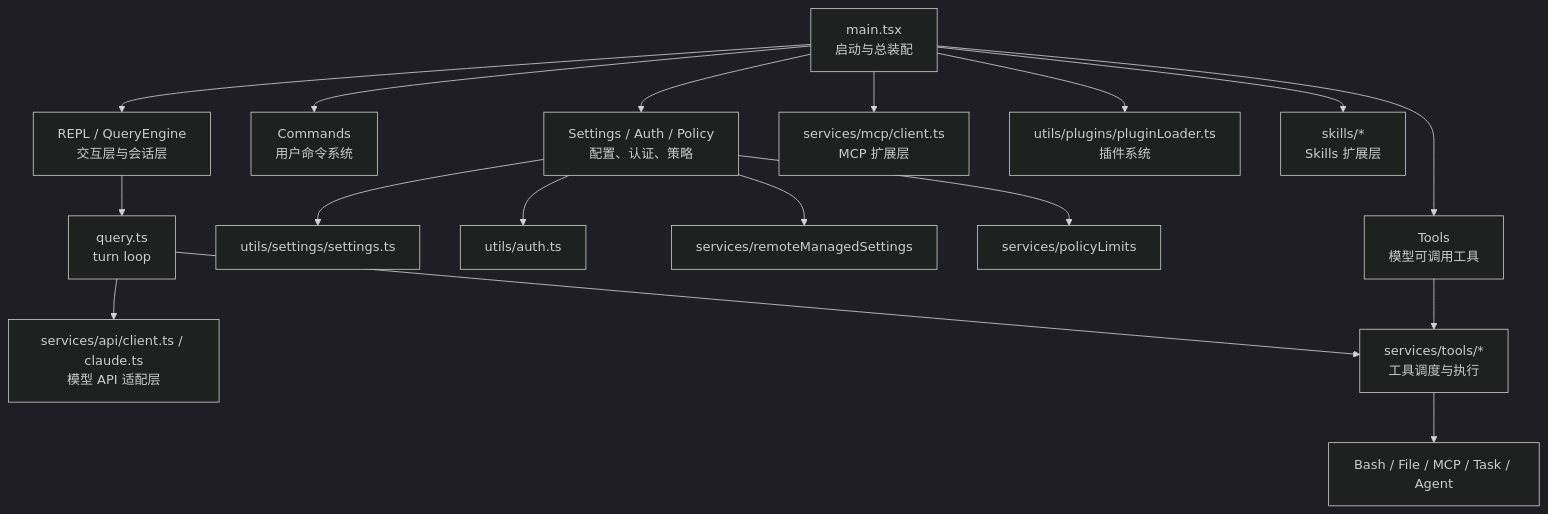
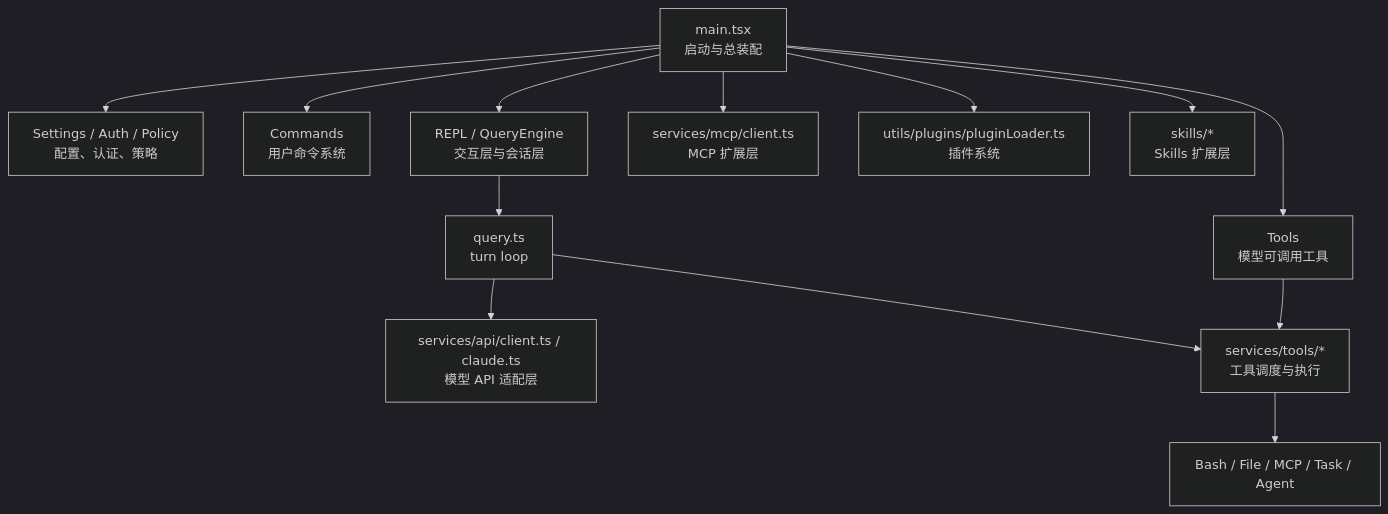
Before and after one commit to boboliu-1010/ccode: the first of 3 diagrams in docs/zh/00-代码总览与运行时走读.md, drawn with Mermaid (dark theme). The commit also changed other lines of this file and 4 other files, not shown here.

````diff
--- a/docs/zh/00-代码总览与运行时走读.md
+++ b/docs/zh/00-代码总览与运行时走读.md
@@ -15,23 +21,18 @@
 ```mermaid
 flowchart TD
     A["main.tsx<br/>启动与总装配"] --> B["Settings / Auth / Policy<br/>配置、认证、策略"]
     A --> C["Commands<br/>用户命令系统"]
     A --> D["Tools<br/>模型可调用工具"]
     A --> E["REPL / QueryEngine<br/>交互层与会话层"]
-
-    B --> B1["utils/settings/settings.ts"]
-    B --> B2["utils/auth.ts"]
-    B --> B3["services/remoteManagedSettings"]
-    B --> B4["services/policyLimits"]
 
     E --> F["query.ts<br/>turn loop"]
     F --> G["services/api/client.ts / claude.ts<br/>模型 API 适配层"]
     F --> H["services/tools/*<br/>工具调度与执行"]
 
     D --> H
     H --> I["Bash / File / MCP / Task / Agent"]
 
     A --> J["services/mcp/client.ts<br/>MCP 扩展层"]
     A --> K["utils/plugins/pluginLoader.ts<br/>插件系统"]
     A --> L["skills/*<br/>Skills 扩展层"]
 ```
````
